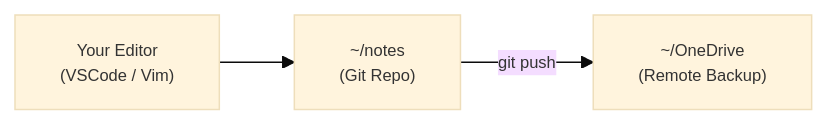
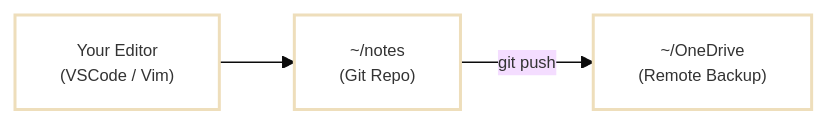
One commit to charnley/blog changed the first of 2 diagrams in _drafts/2025-12-04-note-taking-for-programmers-zk-vscode-vim.md. Above: the diagram before and after it, drawn with Mermaid. The commit also changed other lines of this file, not shown here.

Commit message:
Fixed mermaid colors

````diff
--- a/_drafts/2025-12-04-note-taking-for-programmers-zk-vscode-vim.md
+++ b/_drafts/2025-12-04-note-taking-for-programmers-zk-vscode-vim.md
@@ -114,20 +114,23 @@
 ```mermaid
 
 %%{init: {
   "theme": "base",
   "themeVariables": {
     "fontFamily": "Mononoki, Monaco, mono",
     "fontSize": "11px",
     "lineHeight": "1.2"
   }
 }}%%
 
 flowchart LR
     Editor["Your Editor<br />(VSCode / Vim)"]
     Notes["~/notes<br />(Git Repo)"]
     OneDrive["~/OneDrive<br/>(Remote Backup)"]
 
     Editor --> Notes
     Notes -->|git push| OneDrive
 
+    classDef default stroke-width:2px;
+    classDef default fill: transparent;
+
 ```
````
